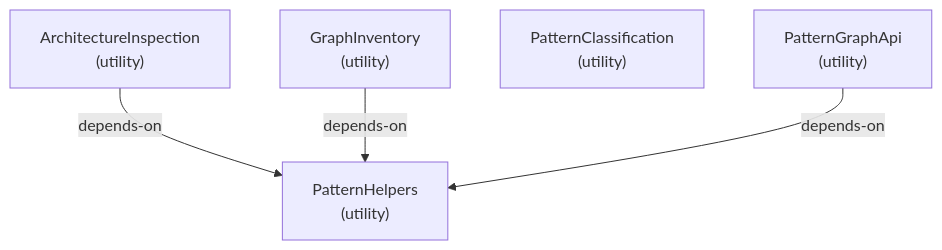
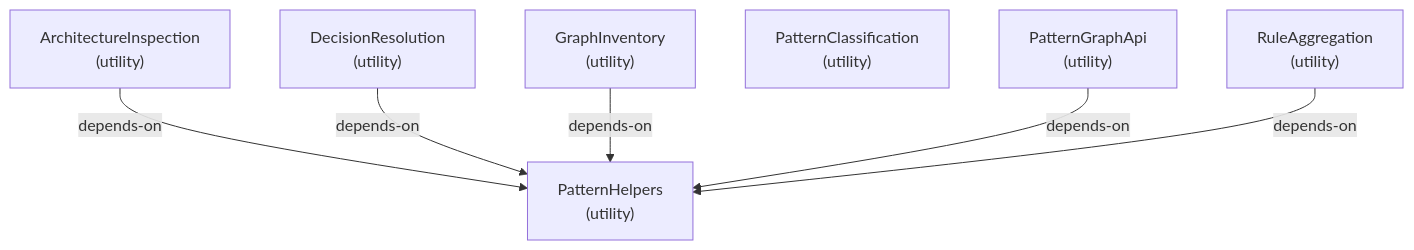
Diagram 18 of 23 in docs-live/ARCHITECTURE.md (libar-dev/architect), drawn with Mermaid before and after one commit. The commit also changed other lines of this file and 18 other files, not shown here.

````diff
--- a/docs-live/ARCHITECTURE.md
+++ b/docs-live/ARCHITECTURE.md
@@ -386,11 +387,15 @@
 ```mermaid
 graph TD
   architectureinspection["ArchitectureInspection<br/>(utility)"]
+  decisionresolution["DecisionResolution<br/>(utility)"]
   graphinventory["GraphInventory<br/>(utility)"]
   patternclassification["PatternClassification<br/>(utility)"]
   patterngraphapi["PatternGraphApi<br/>(utility)"]
   patternhelpers["PatternHelpers<br/>(utility)"]
+  ruleaggregation["RuleAggregation<br/>(utility)"]
   architectureinspection -->|depends-on| patternhelpers
+  decisionresolution -->|depends-on| patternhelpers
   graphinventory -->|depends-on| patternhelpers
   patterngraphapi -->|depends-on| patternhelpers
+  ruleaggregation -->|depends-on| patternhelpers
 ```
````
